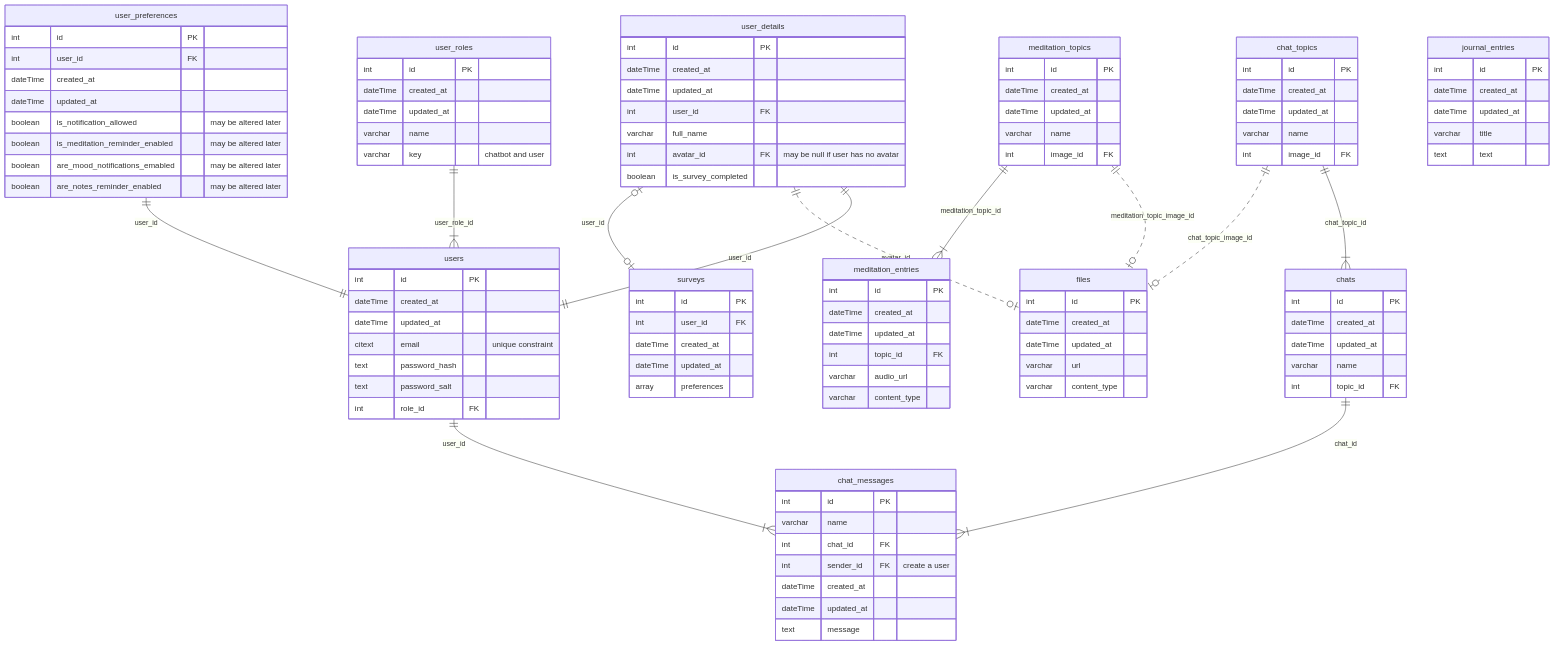
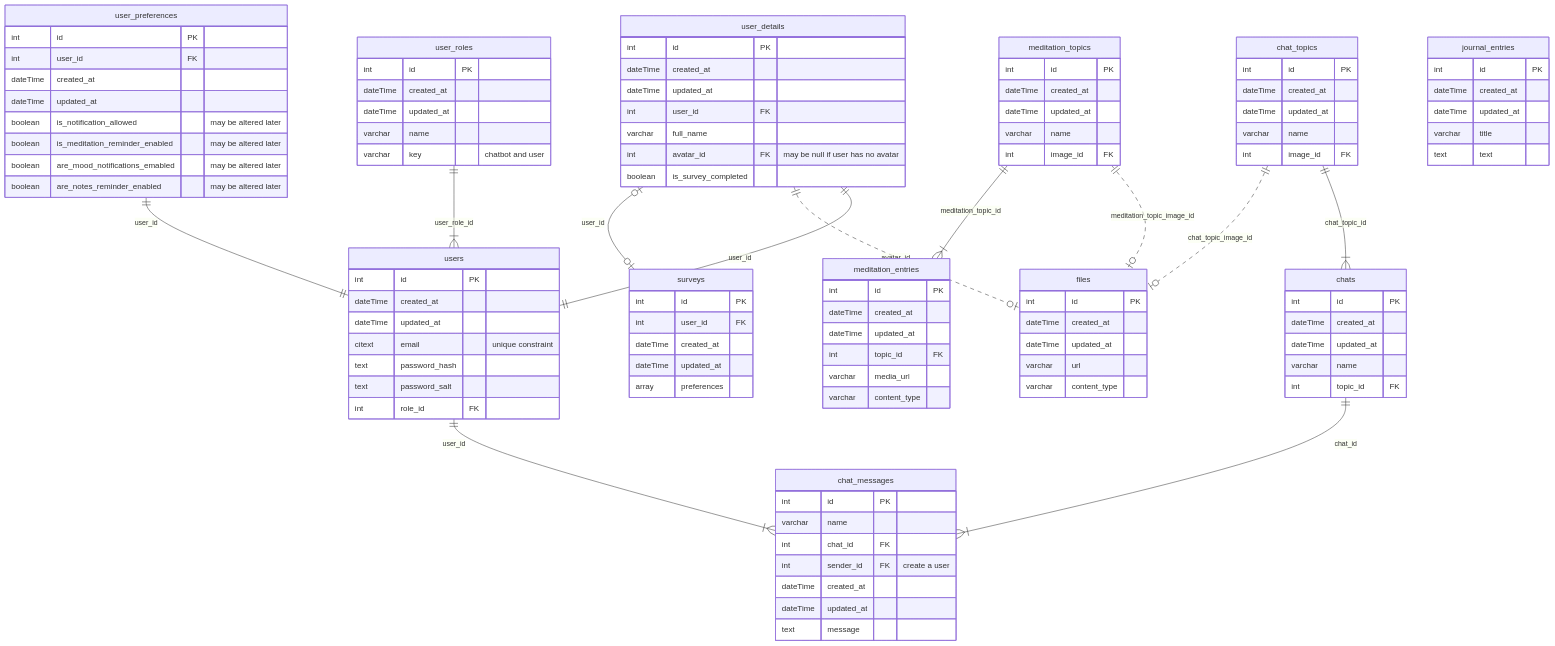
Before and after one commit to BinaryStudioAcademy/bsa-2023-calmpal: the diagram in readme.md, drawn with Mermaid.

Commit message:
cp-160: * readme meditation entries

```diff
--- a/readme.md
+++ b/readme.md
@@ -103,7 +103,7 @@
       dateTime created_at
       dateTime updated_at
       int topic_id FK
-      varchar audio_url
+      varchar media_url
       varchar content_type
    }
    journal_entries {
```
